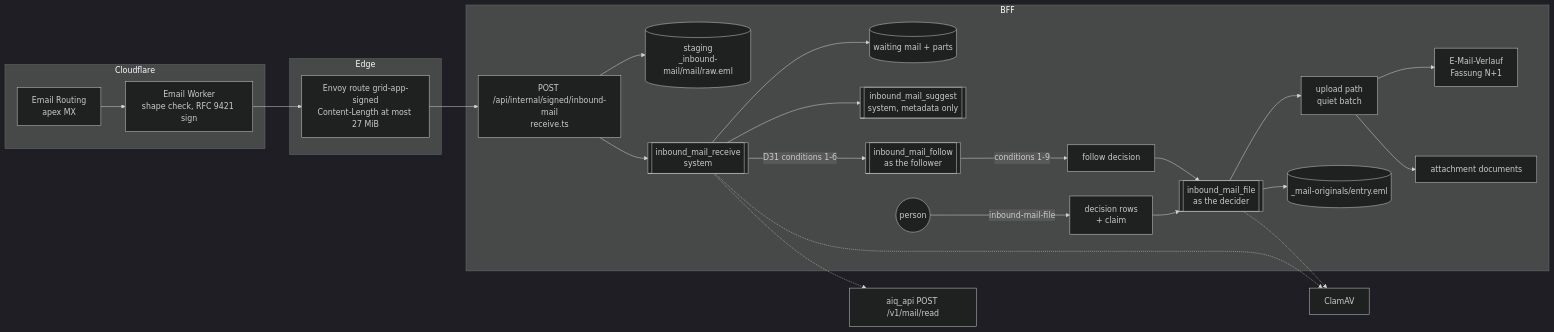
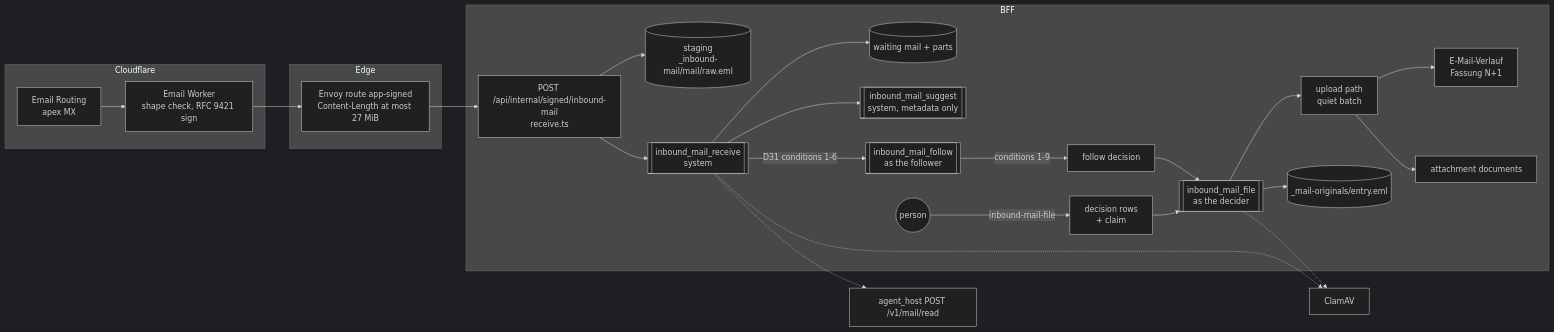
The first of 2 diagrams in docs/architecture/inbound-mail.md (archos-at/archos), drawn with Mermaid (dark theme) before and after one commit. The commit also changed other lines of this file and 219 other files, not shown here.

````diff
--- a/docs/architecture/inbound-mail.md
+++ b/docs/architecture/inbound-mail.md
@@ -21,27 +21,27 @@
 ```mermaid
 flowchart LR
   subgraph Cloudflare
     MX[Email Routing<br/>apex MX] --> W[Email Worker<br/>shape check, RFC 9421 sign]
   end
   subgraph Edge
-    E[Envoy route grid-app-signed<br/>Content-Length at most 27 MiB]
+    E[Envoy route app-signed<br/>Content-Length at most 27 MiB]
   end
   subgraph BFF
     R[POST /api/internal/signed/inbound-mail<br/>receive.ts] --> S[(staging<br/>_inbound-mail/mail/raw.eml)]
     R --> Q1[[inbound_mail_receive<br/>system]]
     Q1 --> H[(waiting mail + parts)]
     Q1 --> Q2[[inbound_mail_suggest<br/>system, metadata only]]
     Q1 -->|D31 conditions 1-6| Q4[[inbound_mail_follow<br/>as the follower]]
     P((person)) -->|inbound-mail-file| D[decision rows<br/>+ claim]
     D --> Q3[[inbound_mail_file<br/>as the decider]]
     Q4 -->|conditions 1-9| D2[follow decision] --> Q3
     Q3 --> U[upload path<br/>quiet batch]
     U --> V[E-Mail-Verlauf<br/>Fassung N+1]
     U --> A[attachment documents]
     Q3 --> O[(_mail-originals/entry.eml)]
   end
   W --> E --> R
-  Q1 -.-> PY[aiq_api POST /v1/mail/read]
+  Q1 -.-> PY[agent_host POST /v1/mail/read]
   Q1 -.-> AV[ClamAV]
   Q3 -.-> AV
 ```
````
